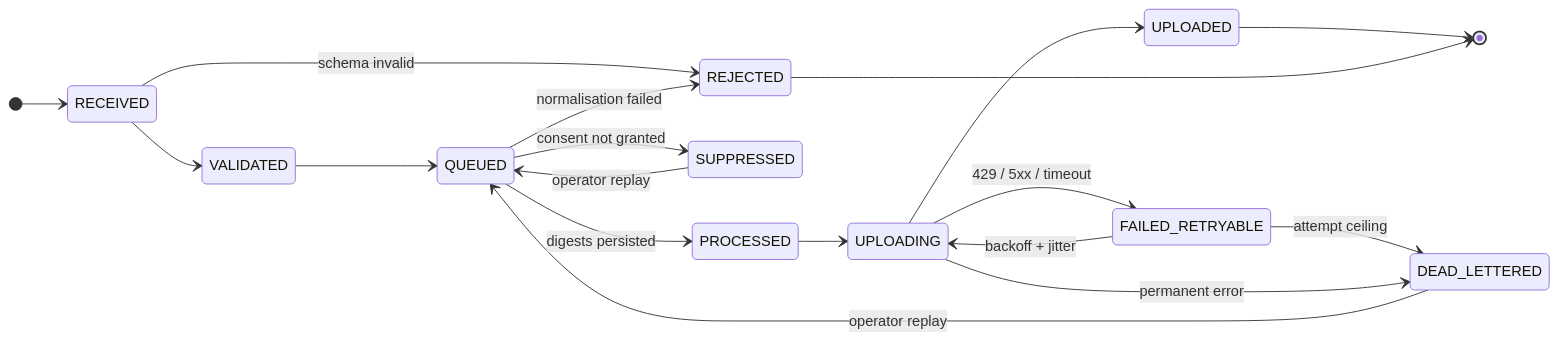
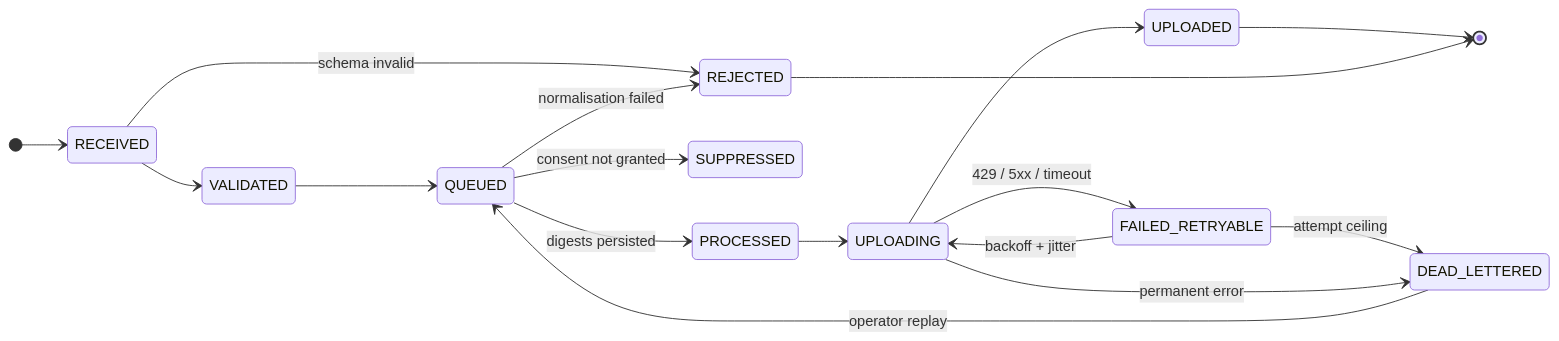
The second of 2 diagrams in README.md (rajumohith50/conversion-gateway), drawn with Mermaid before and after one commit. The commit also changed other lines of this file and 12 other files, not shown here.

````diff
--- a/README.md
+++ b/README.md
@@ -252,21 +197,20 @@
 ```mermaid
 stateDiagram-v2
     direction LR
     [*] --> RECEIVED
     RECEIVED --> VALIDATED
     RECEIVED --> REJECTED: schema invalid
     VALIDATED --> QUEUED
     QUEUED --> SUPPRESSED: consent not granted
     QUEUED --> REJECTED: normalisation failed
     QUEUED --> PROCESSED: digests persisted
     PROCESSED --> UPLOADING
     UPLOADING --> UPLOADED
     UPLOADING --> FAILED_RETRYABLE: 429 / 5xx / timeout
     FAILED_RETRYABLE --> UPLOADING: backoff + jitter
     FAILED_RETRYABLE --> DEAD_LETTERED: attempt ceiling
     UPLOADING --> DEAD_LETTERED: permanent error
-    SUPPRESSED --> QUEUED: operator replay
     DEAD_LETTERED --> QUEUED: operator replay
     UPLOADED --> [*]
     REJECTED --> [*]
 ```
````
